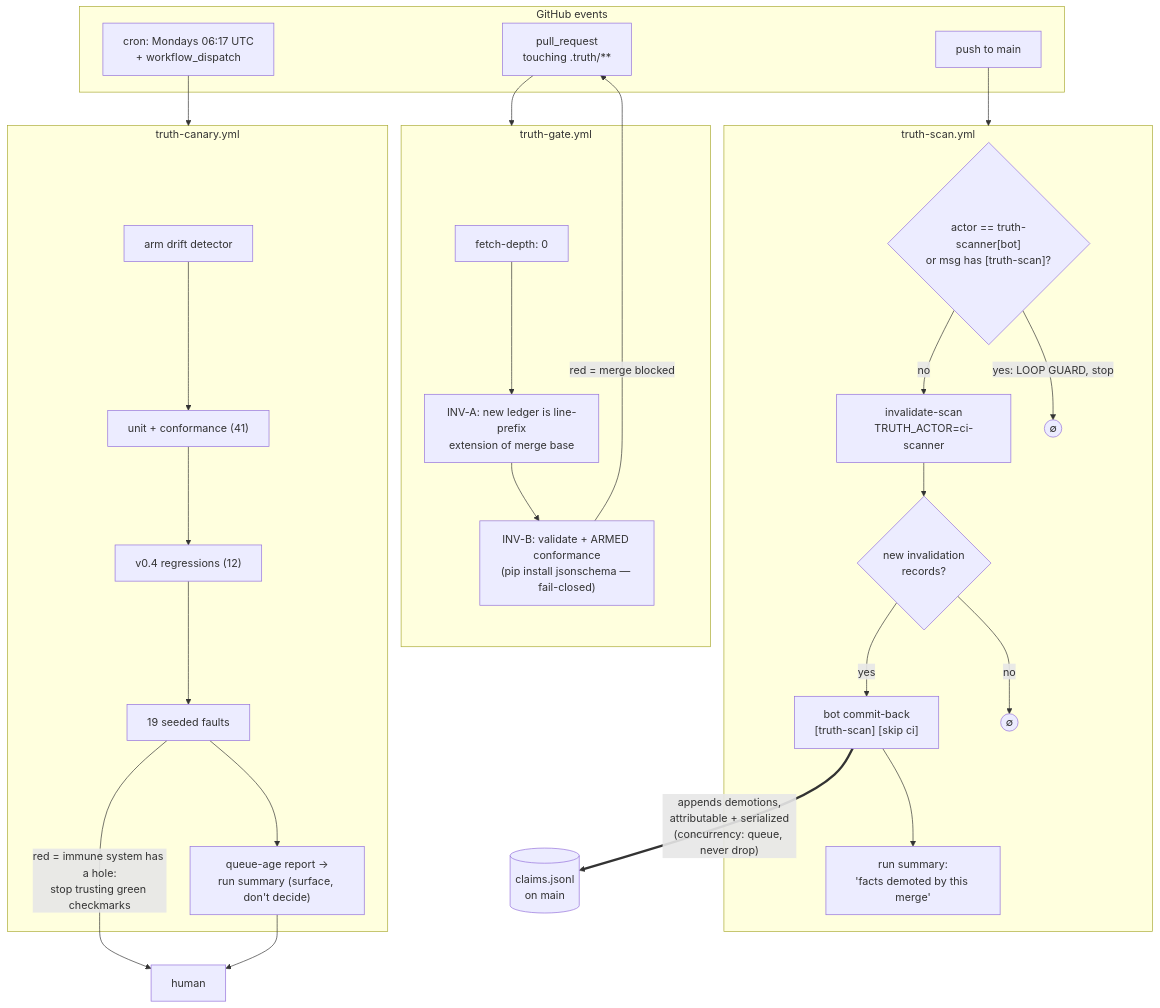
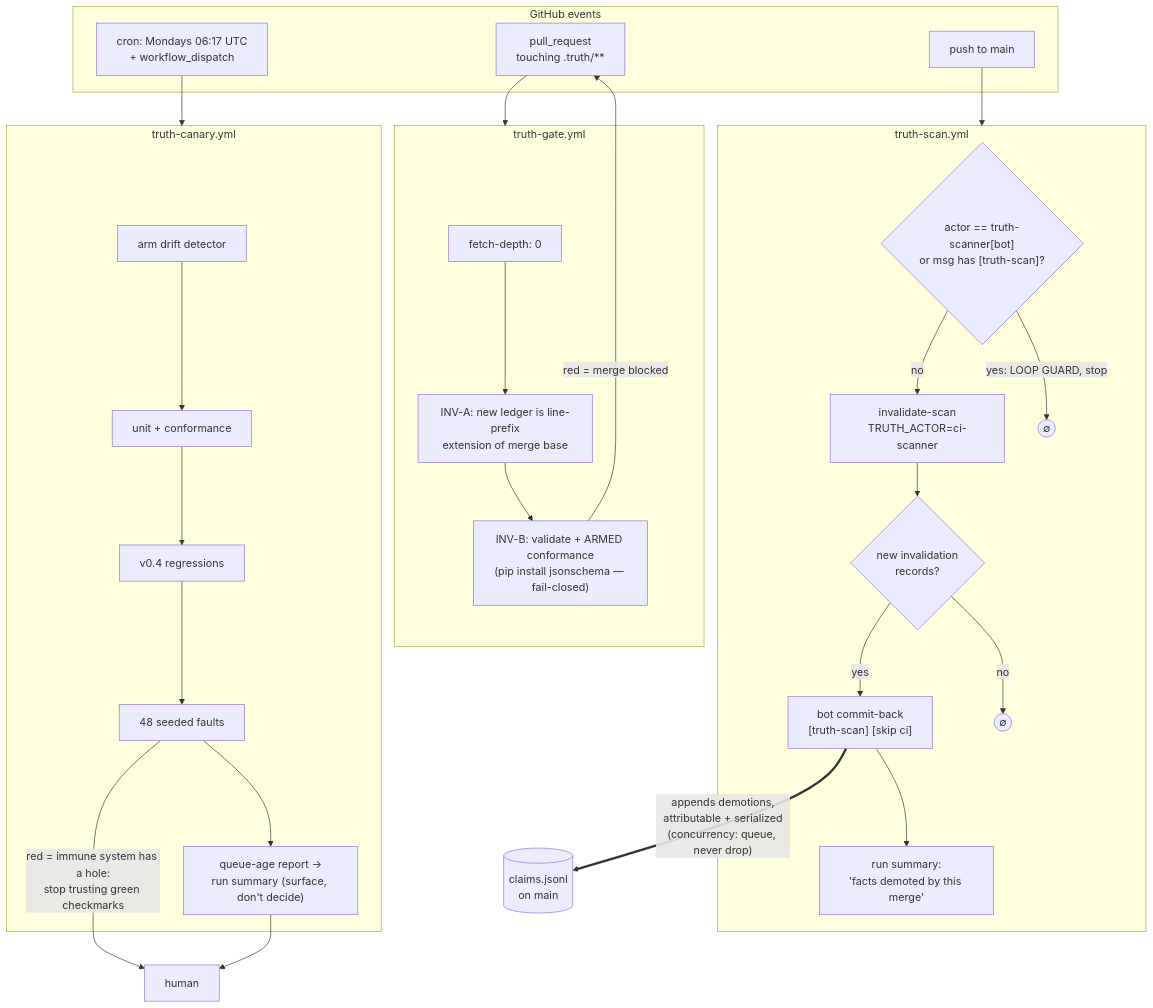
One commit to m1981/truth-ledger changed the third of 4 diagrams in docs/truth-ledger-operations-guide.md. Above: the diagram before and after it, drawn with Mermaid. The commit also changed other lines of this file and 2 other files, not shown here.

````diff
--- a/docs/truth-ledger-operations-guide.md
+++ b/docs/truth-ledger-operations-guide.md
@@ -167,46 +183,46 @@
 ```mermaid
 flowchart TB
     subgraph events["GitHub events"]
         PR["pull_request<br/>touching .truth/**"]
         PUSH["push to main"]
         SCHED["cron: Mondays 06:17 UTC<br/>+ workflow_dispatch"]
     end
 
     subgraph gate["truth-gate.yml"]
         G1["fetch-depth: 0"]
         G2["INV-A: new ledger is line-prefix<br/>extension of merge base"]
         G3["INV-B: validate + ARMED conformance<br/>(pip install jsonschema — fail-closed)"]
         G1 --> G2 --> G3
     end
 
     subgraph scan["truth-scan.yml"]
         S0{"actor == truth-scanner[bot]<br/>or msg has [truth-scan]?"}
         S1["invalidate-scan<br/>TRUTH_ACTOR=ci-scanner"]
         S2{"new invalidation<br/>records?"}
         S3["bot commit-back<br/>[truth-scan] [skip ci]"]
         S4["run summary:<br/>'facts demoted by this merge'"]
         S0 -- "yes: LOOP GUARD, stop" --> X1(("∅"))
         S0 -- no --> S1 --> S2
         S2 -- yes --> S3 --> S4
         S2 -- no --> X2(("∅"))
     end
 
     subgraph canary["truth-canary.yml"]
         C1["arm drift detector"]
-        C2["unit + conformance (41)"]
-        C3["v0.4 regressions (12)"]
-        C4["19 seeded faults"]
+        C2["unit + conformance"]
+        C3["v0.4 regressions"]
+        C4["48 seeded faults"]
         C5["queue-age report →<br/>run summary (surface, don't decide)"]
         C1 --> C2 --> C3 --> C4 --> C5
     end
 
     L[("claims.jsonl<br/>on main")]
 
     PR --> gate
     PUSH --> scan
     SCHED --> canary
     G3 -- "red = merge blocked" --> PR
     S3 ==>|"appends demotions,<br/>attributable + serialized<br/>(concurrency: queue, never drop)"| L
     C4 -- "red = immune system has a hole:<br/>stop trusting green checkmarks" --> HU2["human"]
     C5 --> HU2
 ```
````
